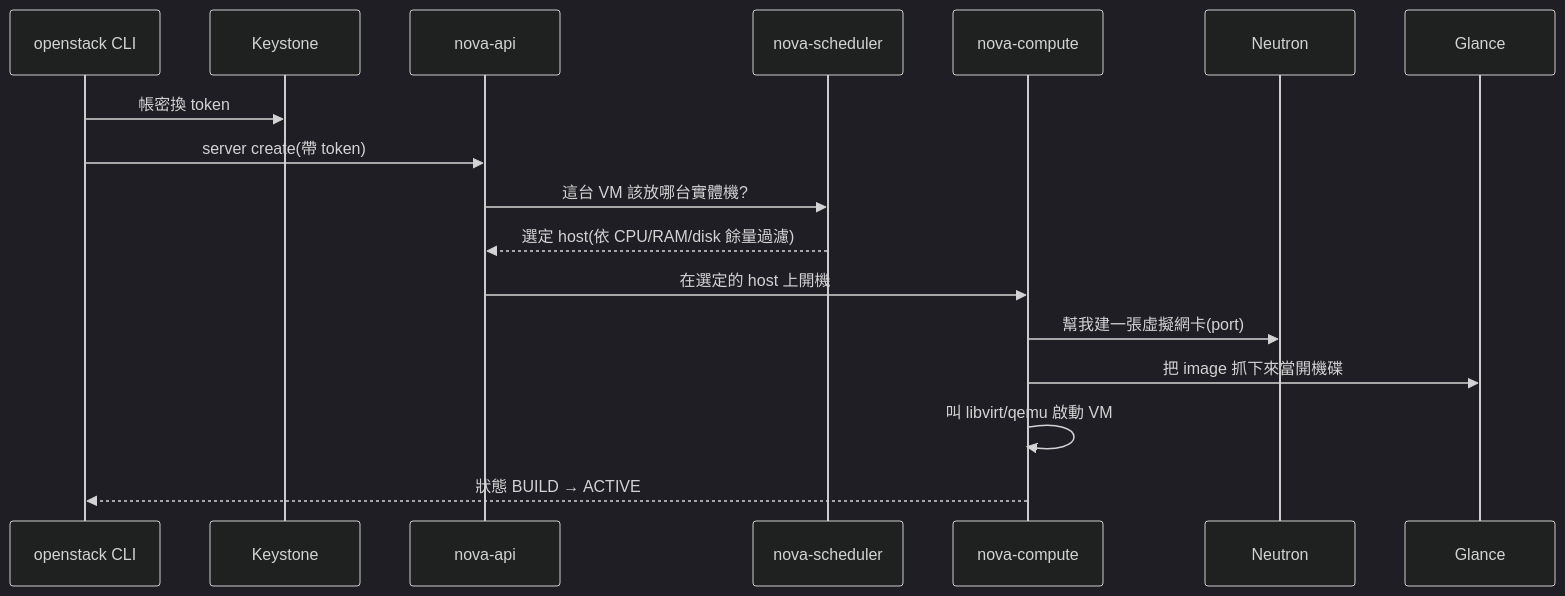
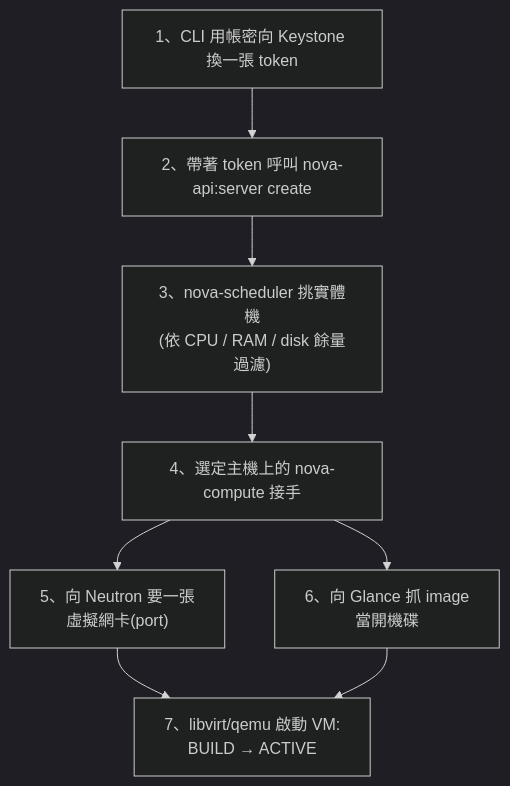
Before and after one commit to DeepWaveLab/OpenStackPracticing: the second of 2 diagrams in docs/runbook/sprint3-day2-openstack-resource-flow.md, drawn with Mermaid (dark theme). The commit also changed other lines of this file and 11 other files, not shown here.

Commit message:
docs: rewrite course chapters for reader-facing style with mermaid diagrams

````diff
--- a/docs/runbook/sprint3-day2-openstack-resource-flow.md
+++ b/docs/runbook/sprint3-day2-openstack-resource-flow.md
@@ -67,19 +55,11 @@
 ```mermaid
-sequenceDiagram
-    participant U as openstack CLI
-    participant K as Keystone
-    participant N as nova-api
-    participant S as nova-scheduler
-    participant C as nova-compute
-    participant Q as Neutron
-    participant G as Glance
-    U->>K: 帳密換 token
-    U->>N: server create(帶 token)
-    N->>S: 這台 VM 該放哪台實體機?
-    S-->>N: 選定 host(依 CPU/RAM/disk 餘量過濾)
-    N->>C: 在選定的 host 上開機
-    C->>Q: 幫我建一張虛擬網卡(port)
-    C->>G: 把 image 抓下來當開機碟
-    C->>C: 叫 libvirt/qemu 啟動 VM
-    C-->>U: 狀態 BUILD → ACTIVE
+flowchart TB
+    A["1、CLI 用帳密向 Keystone 換一張 token"]
+    A --> B["2、帶著 token 呼叫 nova-api:server create"]
+    B --> C["3、nova-scheduler 挑實體機<br/>(依 CPU / RAM / disk 餘量過濾)"]
+    C --> D["4、選定主機上的 nova-compute 接手"]
+    D --> E["5、向 Neutron 要一張<br/>虛擬網卡(port)"]
+    D --> F["6、向 Glance 抓 image<br/>當開機碟"]
+    E --> G["7、libvirt/qemu 啟動 VM:<br/>BUILD → ACTIVE"]
+    F --> G
 ```
````
